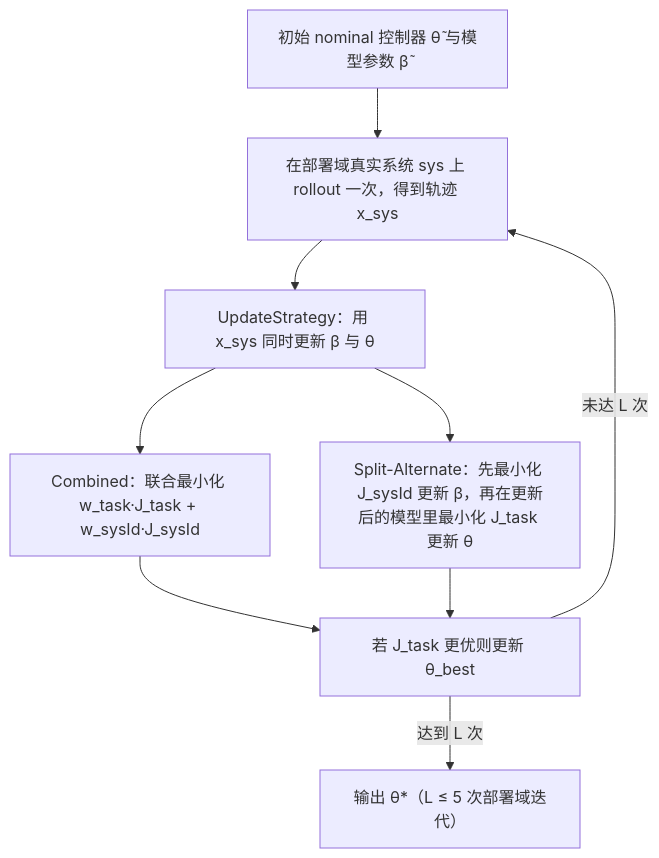
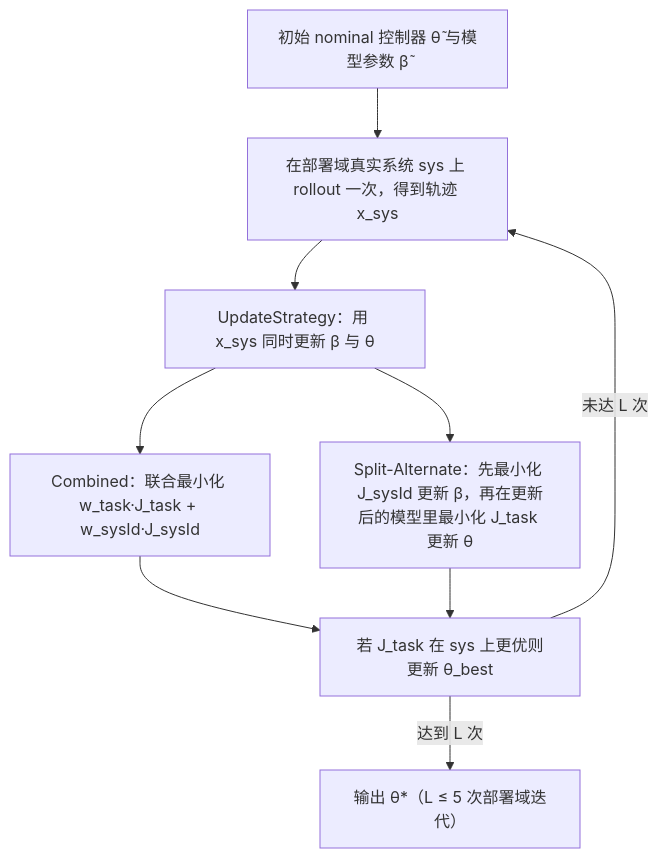
Before and after one commit to ImChong/Robotics_Notebooks: the diagram in wiki/entities/paper-notebook-diffcotune-differentiable-co-tuning-for-cross-do.md, drawn with Mermaid. The commit also changed other lines of this file and 4 other files, not shown here.

````diff
--- a/wiki/entities/paper-notebook-diffcotune-differentiable-co-tuning-for-cross-do.md
+++ b/wiki/entities/paper-notebook-diffcotune-differentiable-co-tuning-for-cross-do.md
@@ -43,17 +50,17 @@
 ```mermaid
 flowchart TD
     INIT["初始 nominal 控制器 θ̃ 与模型参数 β̃"]
     ROLL["在部署域真实系统 sys 上 rollout 一次，得到轨迹 x_sys"]
     UPD["UpdateStrategy：用 x_sys 同时更新 β 与 θ"]
     COMB["Combined：联合最小化 w_task·J_task + w_sysId·J_sysId"]
     SPLIT["Split-Alternate：先最小化 J_sysId 更新 β，再在更新后的模型里最小化 J_task 更新 θ"]
-    BEST["若 J_task 更优则更新 θ_best"]
+    BEST["若 J_task 在 sys 上更优则更新 θ_best"]
     OUT["输出 θ*（L ≤ 5 次部署域迭代）"]
     INIT --> ROLL --> UPD
     UPD --> COMB
     UPD --> SPLIT
     COMB --> BEST
     SPLIT --> BEST
     BEST -->|"未达 L 次"| ROLL
     BEST -->|"达到 L 次"| OUT
 ```
````
